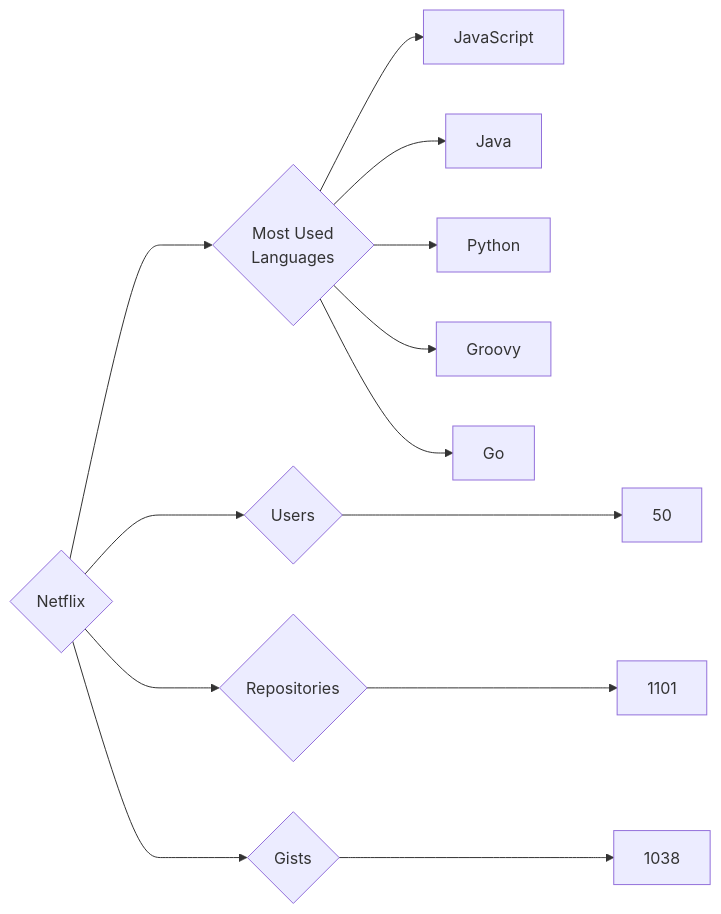
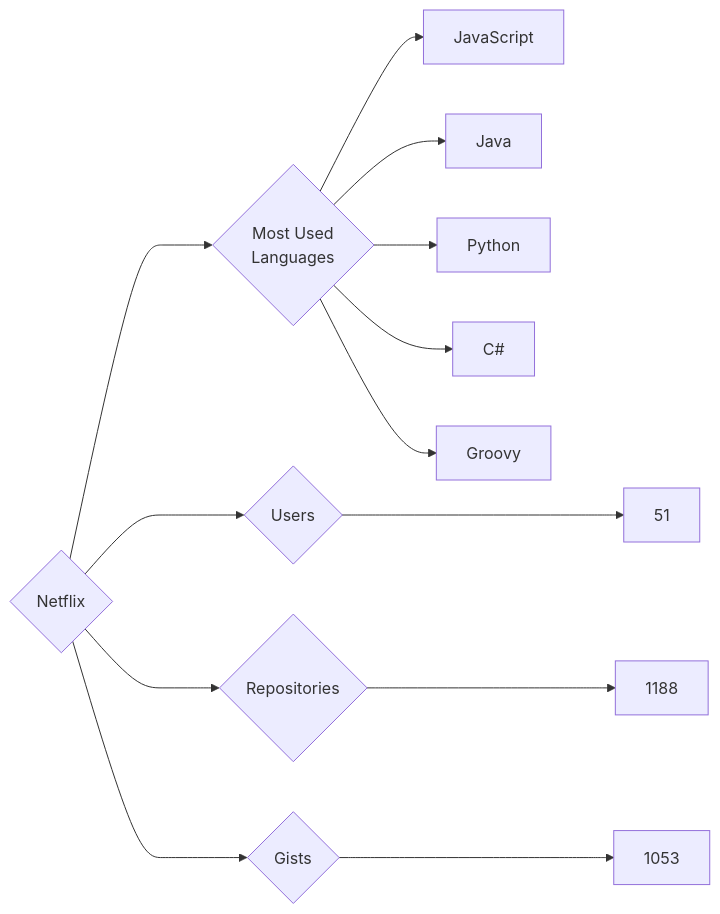
The diagram in targets/Netflix/README.md (trickest/insiders), drawn with Mermaid before and after one commit. The commit also changed 953 other files, not shown here.

````diff
--- a/targets/Netflix/README.md
+++ b/targets/Netflix/README.md
@@ -3,13 +3,13 @@
 ```mermaid
 graph LR
 COMPANY_NAME{Netflix}
-COMPANY_NAME ---> U{Users} ---> UN[50]
-COMPANY_NAME ---> R{Repositories} ---> RN[1101]
-COMPANY_NAME ---> G{Gists} ---> GN[1038]
+COMPANY_NAME ---> U{Users} ---> UN[51]
+COMPANY_NAME ---> R{Repositories} ---> RN[1188]
+COMPANY_NAME ---> G{Gists} ---> GN[1053]
 COMPANY_NAME ---> ML{Most Used<br>Languages}
 ML --> JavaScript[JavaScript]
 ML --> Java[Java]
 ML --> Python[Python]
+ML --> C#[C#]
 ML --> Groovy[Groovy]
-ML --> Go[Go]
 ```
````
